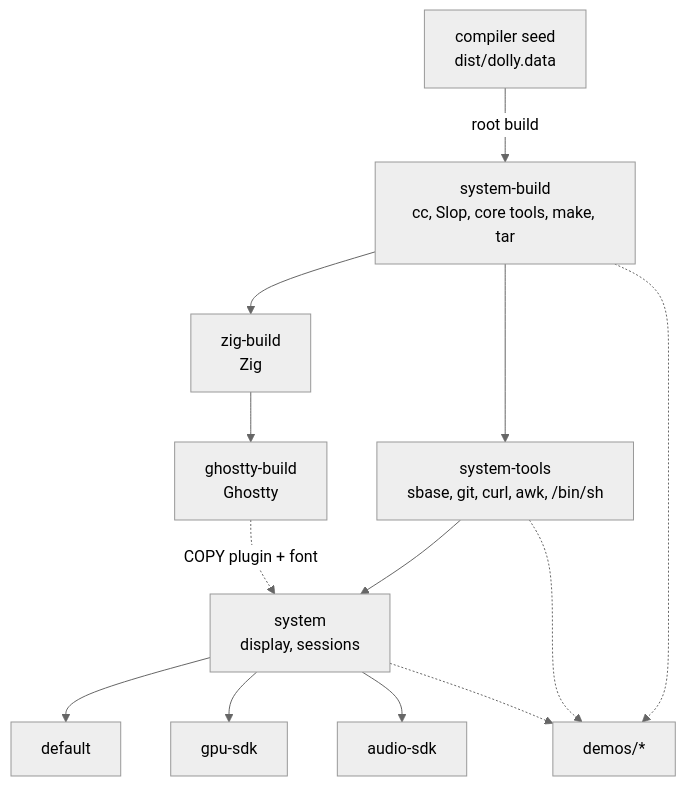
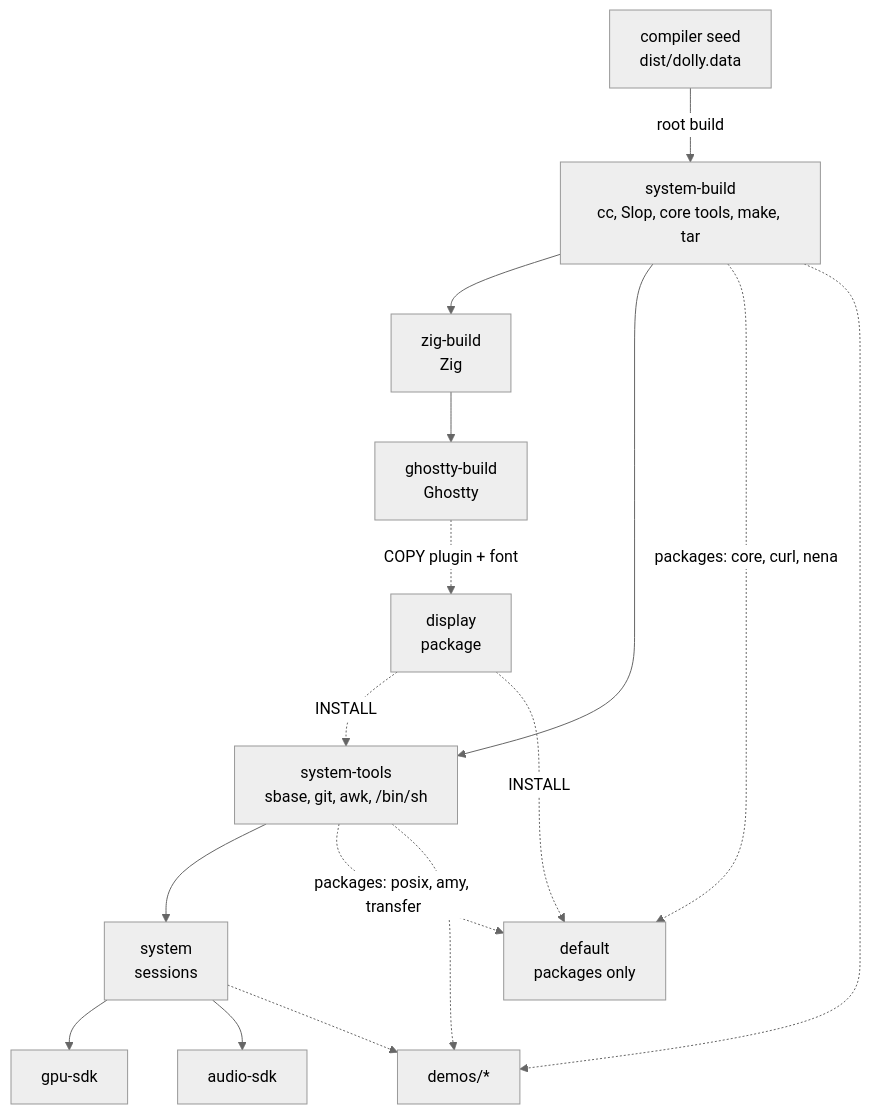
The third of 3 diagrams in docs/architecture.md (daugasauron/dolly), drawn with Mermaid (neutral theme) before and after one commit. The commit also changed other lines of this file and 17 other files, not shown here.

First line of the commit message:
Documents say what the code does: the image graph, who enters through promising, names, counts

````diff
--- a/docs/architecture.md
+++ b/docs/architecture.md
@@ -100,16 +100,19 @@
 ```mermaid
 flowchart TD
   seed["compiler seed<br/>dist/dolly.data"] -- "root build" --> sb["system-build<br/>cc, Slop, core tools, make, tar"]
-  sb --> st["system-tools<br/>sbase, git, curl, awk, /bin/sh"]
   sb --> zb["zig-build<br/>Zig"]
   zb --> gb["ghostty-build<br/>Ghostty"]
-  st --> sys["system<br/>display, sessions"]
-  gb -. "COPY plugin + font" .-> sys
-  sys --> def["default"]
+  gb -. "COPY plugin + font" .-> disp["display<br/>package"]
+  sb --> st["system-tools<br/>sbase, git, awk, /bin/sh"]
+  disp -. "INSTALL" .-> st
+  st --> sys["system<br/>sessions"]
   sys --> gpu["gpu-sdk"]
   sys --> audio["audio-sdk"]
+  sb -. "packages: core, curl, nena" .-> def["default<br/>packages only"]
+  st -. "packages: posix, amy, transfer" .-> def
+  disp -. "INSTALL" .-> def
   demos["demos/*"]
   sb -.-> demos
   st -.-> demos
   sys -.-> demos
 ```
````
